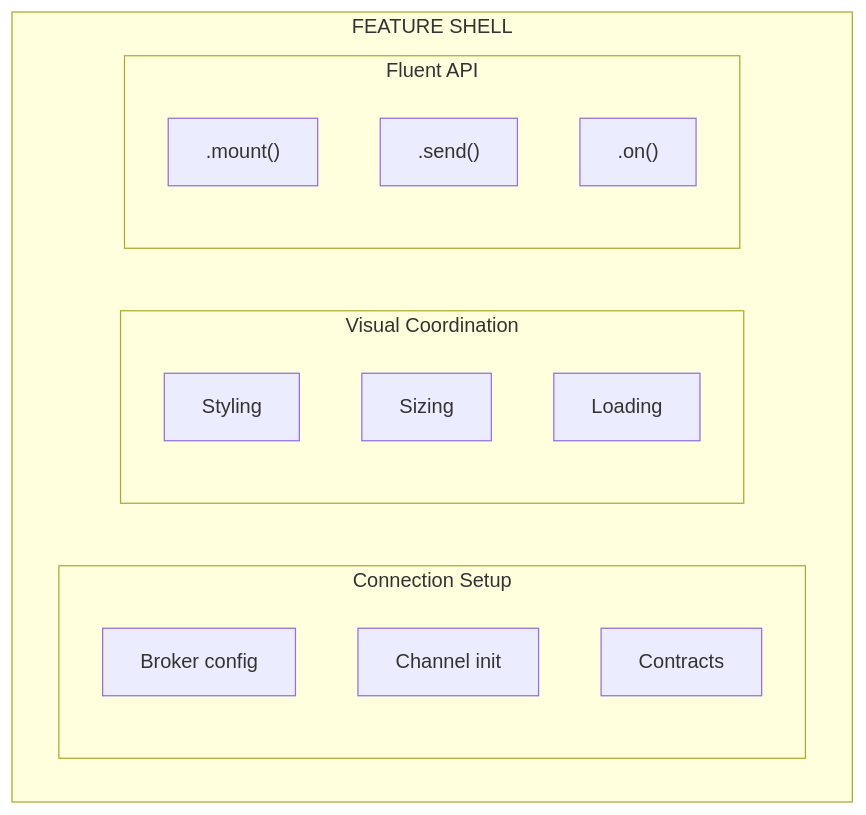
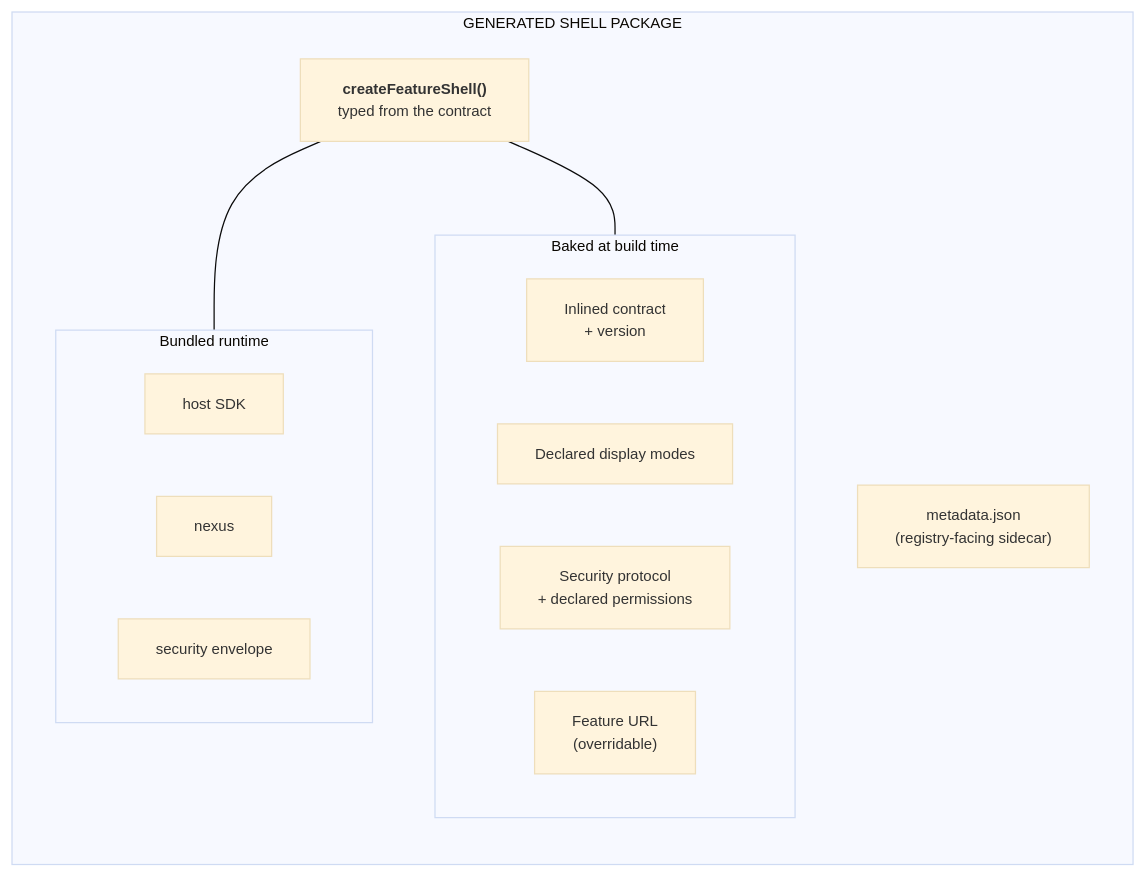
One commit to AndrewRedican/hyperfrontend changed the sixth of 8 diagrams in ARCHITECTURE.md. Above: the diagram before and after it, drawn with Mermaid. The commit also changed other lines of this file and 2 other files, not shown here.

Commit message:
docs(@hyperfrontend/workspace): describe the shipped shell pattern and session model

````diff
--- a/ARCHITECTURE.md
+++ b/ARCHITECTURE.md
@@ -295,21 +345,29 @@
 ```mermaid
+---
+config:
+  theme: base
+  themeVariables:
+    fontSize: 12px
+---
 flowchart LR
-    subgraph shell["FEATURE SHELL"]
-        direction LR
-        subgraph connection["Connection Setup"]
-            conn1["Broker config"]
-            conn2["Channel init"]
-            conn3["Contracts"]
+    subgraph shell["GENERATED SHELL PACKAGE"]
+        direction TB
+        entry["<b>createFeatureShell()</b><br/>typed from the contract"]
+        subgraph baked["Baked at build time"]
+            direction LR
+            b1["Inlined contract<br/>+ version"]
+            b2["Declared display modes"]
+            b3["Security protocol<br/>+ declared permissions"]
+            b4["Feature URL<br/>(overridable)"]
         end
-        subgraph visual["Visual Coordination"]
-            vis1["Styling"]
-            vis2["Sizing"]
-            vis3["Loading"]
+        subgraph bundled["Bundled runtime"]
+            direction LR
+            r1["host SDK"]
+            r2["nexus"]
+            r3["security envelope"]
         end
-        subgraph api["Fluent API"]
-            api1[".mount()"]
-            api2[".send()"]
-            api3[".on()"]
-        end
+        meta["metadata.json<br/>(registry-facing sidecar)"]
+        entry --- baked
+        entry --- bundled
     end
 ```
````
